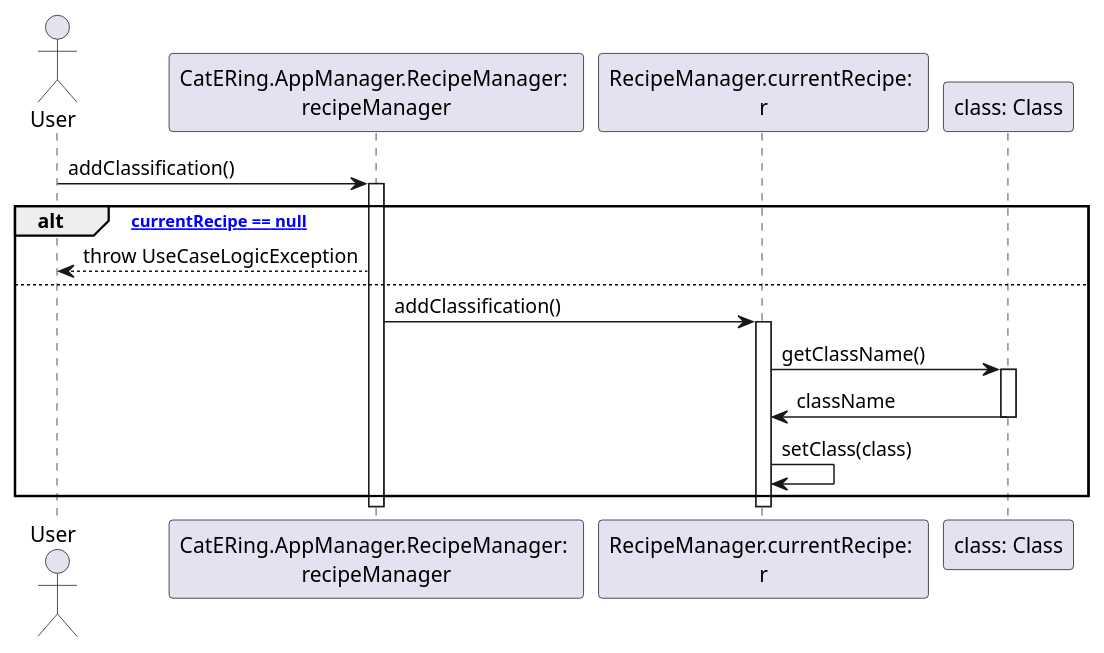
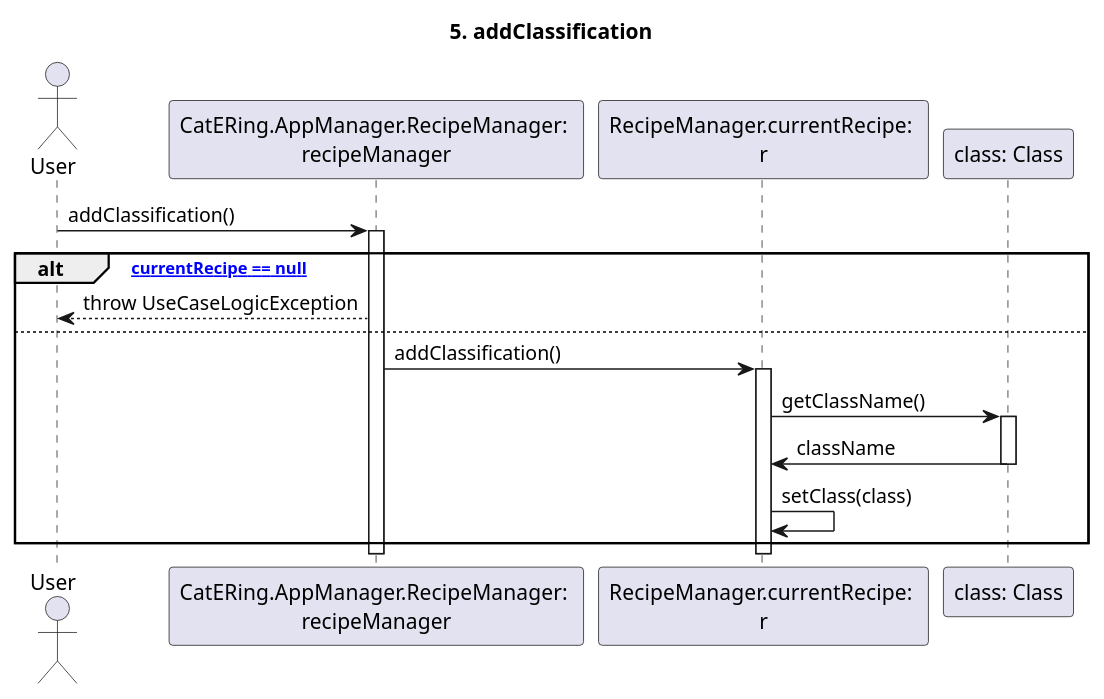
Before and after one commit to m0canu1/sas: the diagram in dsd/dsd-ricette/5-classification.md, drawn with PlantUML. The commit also changed 15 other files, not shown here.

````diff
--- a/dsd/dsd-ricette/5-classification.md
+++ b/dsd/dsd-ricette/5-classification.md
@@ -1,27 +1,30 @@
 ```plantuml
+
+title: 5. addClassification
+
 Actor User
 Participant "CatERing.AppManager.RecipeManager: \nrecipeManager" as RM
 Participant "RecipeManager.currentRecipe: \nr" as CR
 
 User -> RM: addClassification()
 Activate RM
 
 alt ["currentRecipe == null"]
 	RM --> User: throw UseCaseLogicException
 else
 	RM -> CR: addClassification()
 	Activate CR
 
 	CR -> "class: Class": getClassName()
 	Activate "class: Class"
 	"class: Class" -> CR: className
 	Deactivate "class: Class"
 
 	CR -> CR: setClass(class)
 	
 end
 Deactivate CR
 Deactivate RM
 
 
 ```
````
